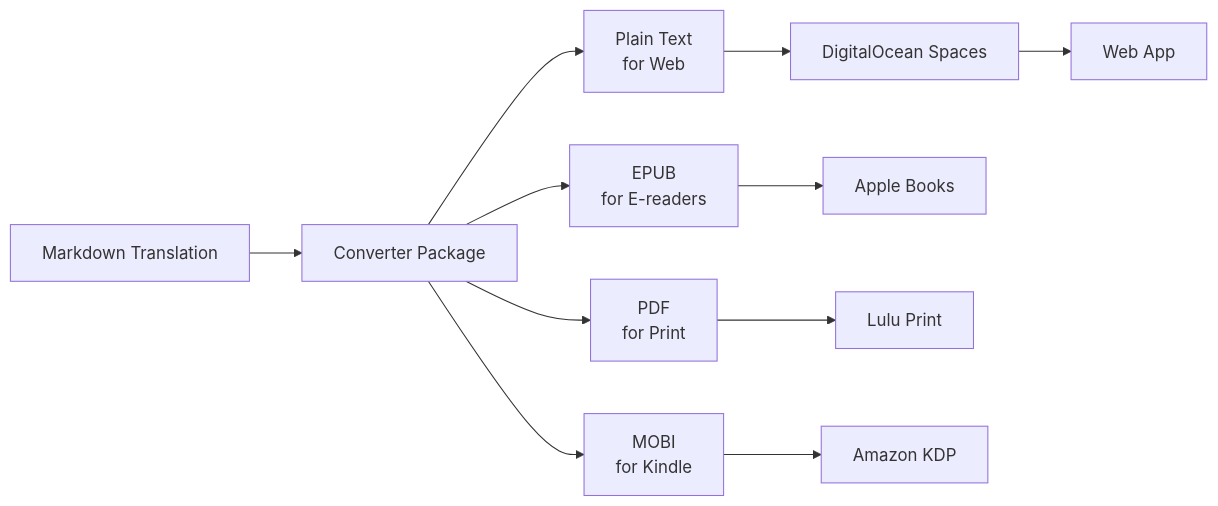
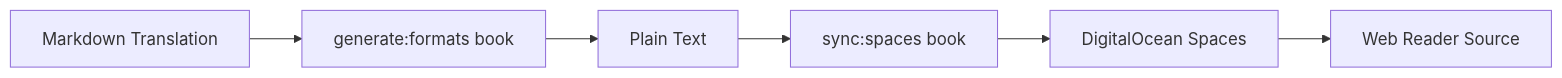
Before and after one commit to misty-step/brainrot: the diagram in README.md, drawn with Mermaid. The commit also changed other lines of this file and 1 other file, not shown here.

Commit message:
docs(publishing): mark EPUB and PDF output unimplemented

````diff
--- a/README.md
+++ b/README.md
@@ -360,15 +364,8 @@
 ```mermaid
 graph LR
-    A[Markdown Translation] --> B[Converter Package]
-    B --> C[Plain Text<br/>for Web]
-    B --> D[EPUB<br/>for E-readers]
-    B --> E[PDF<br/>for Print]
-    B --> F[MOBI<br/>for Kindle]
-
-    C --> G[DigitalOcean Spaces]
-    G --> H[Web App]
-
-    D --> I[Apple Books]
-    E --> J[Lulu Print]
-    F --> K[Amazon KDP]
+    A[Markdown Translation] --> B[generate:formats book]
+    B --> C[Plain Text]
+    C --> D[sync:spaces book]
+    D --> E[DigitalOcean Spaces]
+    E --> F[Web Reader Source]
 ```
````
